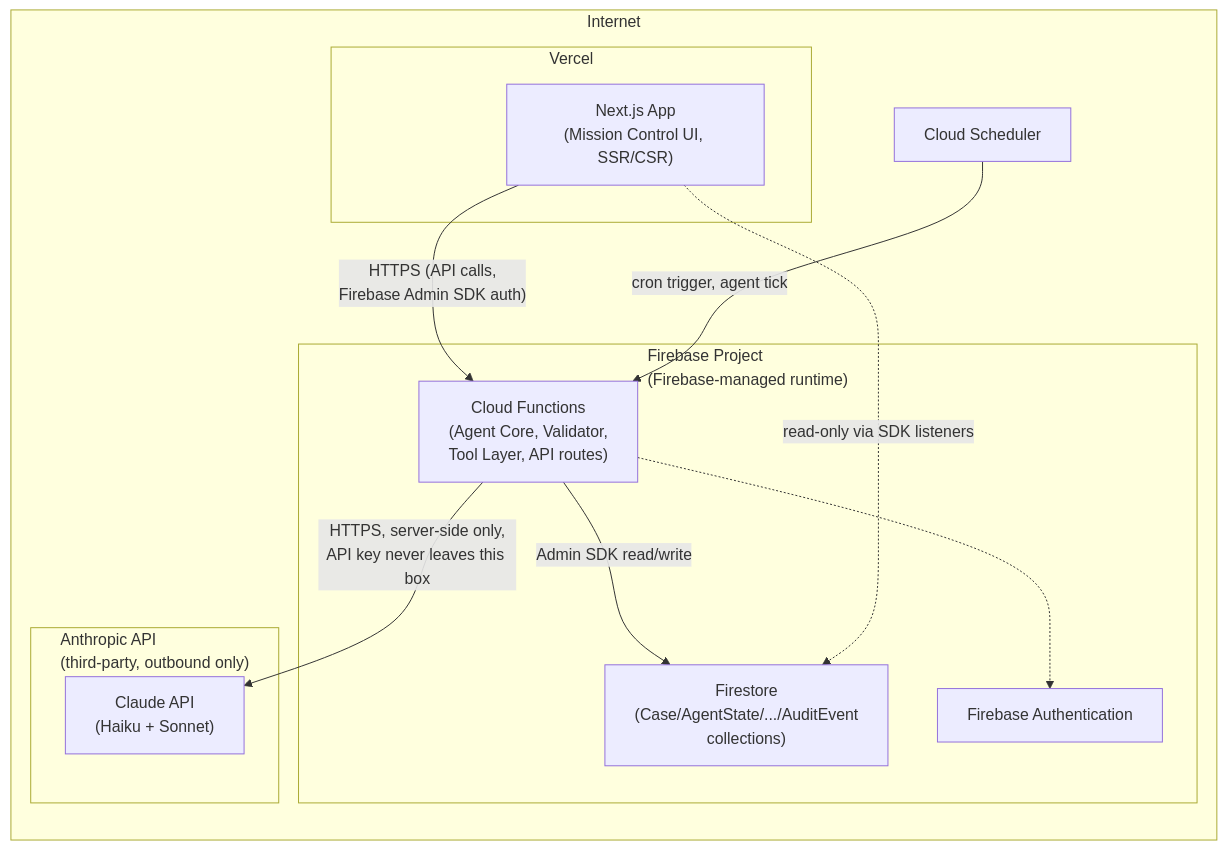
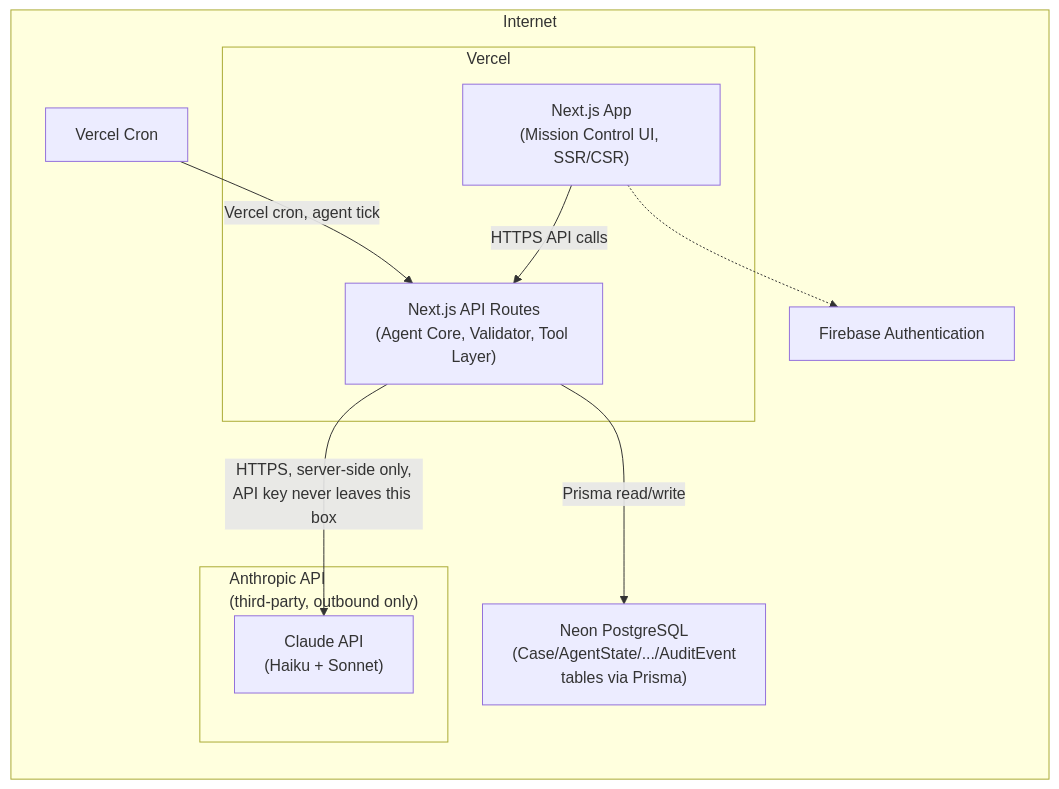
Before and after one commit to VishalGhuge111/nexus-hackathon-2026: the fifth of 5 diagrams in PRD.md, drawn with Mermaid. The commit also changed other lines of this file and 28 other files, not shown here.

Commit message:
chore: migrate scaffold to locked-1.2 architecture

````diff
--- a/PRD.md
+++ b/PRD.md
@@ -760,27 +760,24 @@
 ```mermaid
 flowchart LR
     subgraph Internet["Internet"]
         subgraph VercelBox["Vercel"]
             NextApp["Next.js App<br/>(Mission Control UI, SSR/CSR)"]
+          API["Next.js API Routes<br/>(Agent Core, Validator, Tool Layer)"]
         end
 
-        subgraph FirebaseBox["Firebase Project<br/>(Firebase-managed runtime)"]
-            Auth["Firebase Authentication"]
-            CF["Cloud Functions<br/>(Agent Core, Validator,<br/>Tool Layer, API routes)"]
-            FS["Firestore<br/>(Case/AgentState/.../AuditEvent<br/>collections)"]
-        end
+        Auth["Firebase Authentication"]
+        DB["Neon PostgreSQL<br/>(Case/AgentState/.../AuditEvent<br/>tables via Prisma)"]
 
         subgraph AnthropicBox["Anthropic API<br/>(third-party, outbound only)"]
             Claude["Claude API<br/>(Haiku + Sonnet)"]
         end
 
-        Scheduler["Cloud Scheduler"]
+        Scheduler["Vercel Cron"]
     end
 
-    NextApp -->|"HTTPS (API calls,<br/>Firebase Admin SDK auth)"| CF
-    CF -->|"Admin SDK read/write"| FS
-    CF -->|"HTTPS, server-side only,<br/>API key never leaves this box"| Claude
-    Scheduler -->|"cron trigger, agent tick"| CF
-    NextApp -.->|"read-only via SDK listeners"| FS
-    CF -.-> Auth
+    NextApp -->|"HTTPS API calls"| API
+    API -->|"Prisma read/write"| DB
+    API -->|"HTTPS, server-side only,<br/>API key never leaves this box"| Claude
+    Scheduler -->|"Vercel cron, agent tick"| API
+    NextApp -.-> Auth
 ```
````
